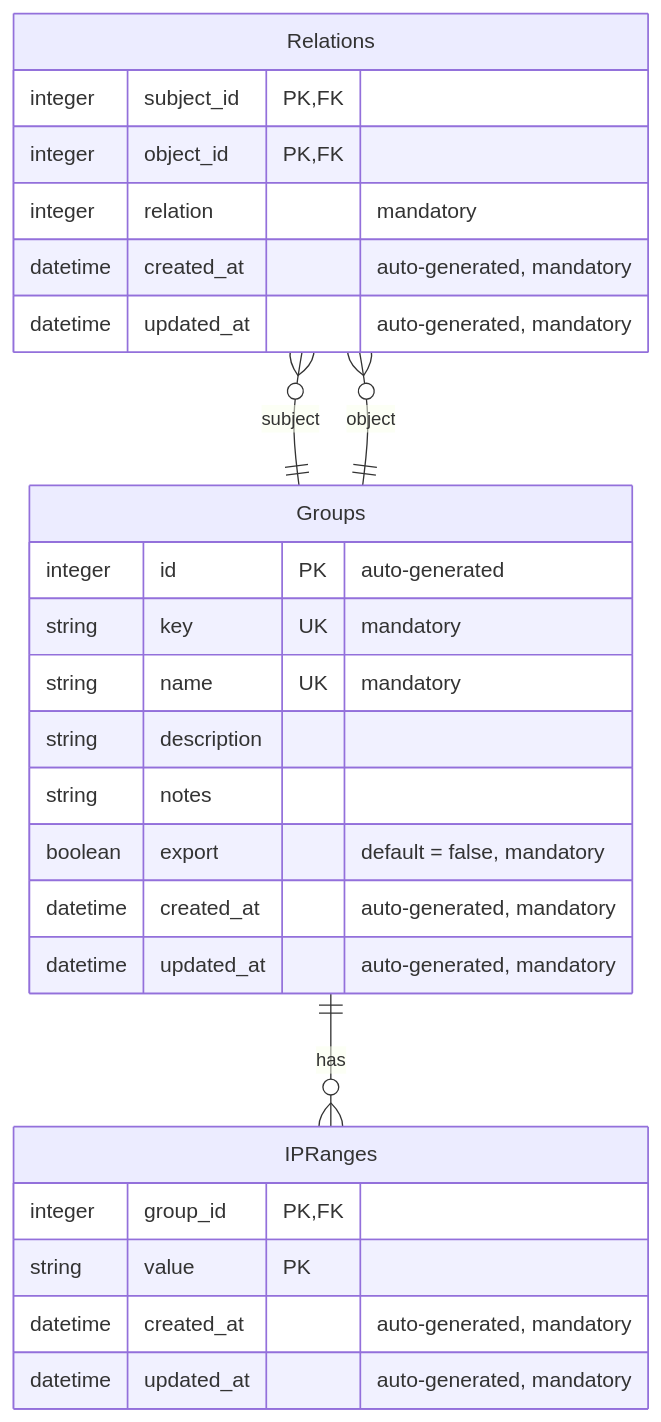
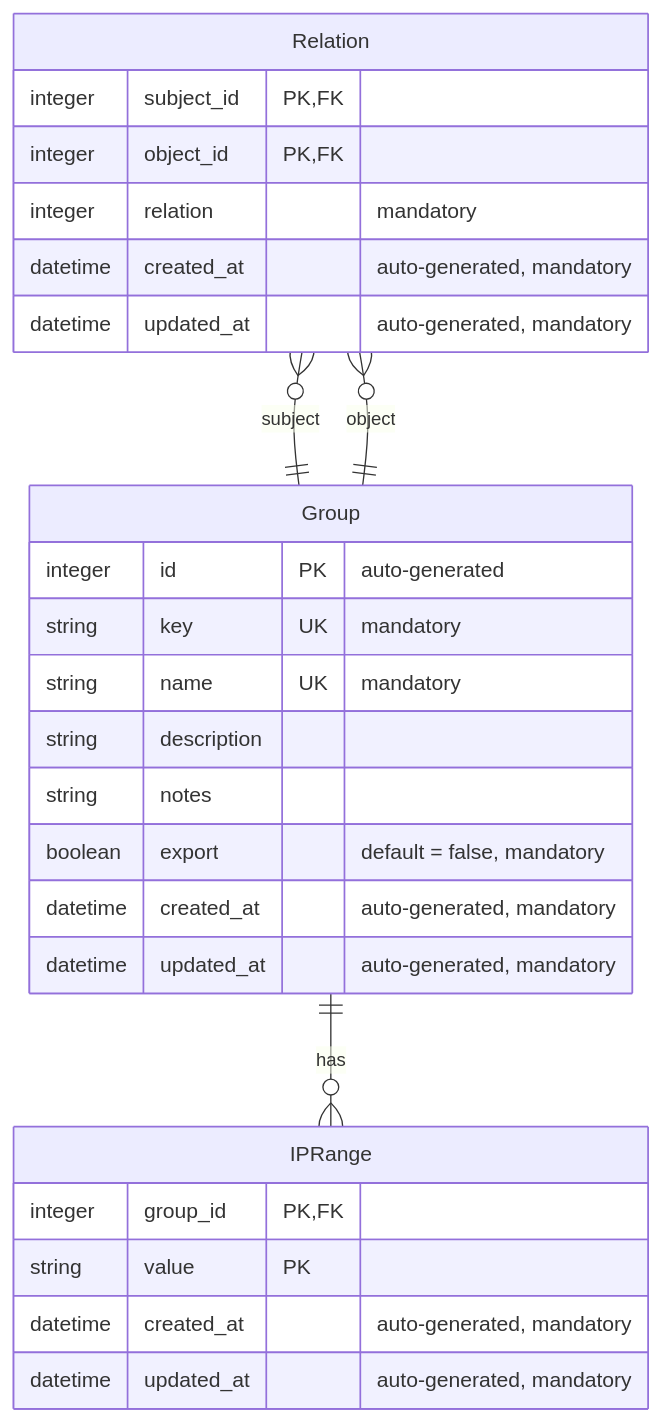
The diagram in docs/rails-model.md (umd-lib/ipmanager-django), drawn with Mermaid before and after one commit. The commit also changed other lines of this file, not shown here.

Commit message:
LIBITD-2529. Changed plural names to singular in rails-model.md
Resolved comment and changed the names of the tables to be singular.

https://umd-dit.atlassian.net/browse/LIBITD-2529

````diff
--- a/docs/rails-model.md
+++ b/docs/rails-model.md
@@ -3,33 +3,33 @@
 ```mermaid
     erDiagram
-    Groups ||--o{ IPRanges : has
-    Relations o{--|| Groups : subject
-    Relations o{--|| Groups : object
+    Group ||--o{ IPRange : has
+    Relation o{--|| Group : subject
+    Relation o{--|| Group : object
 
-    Groups {
+    Group {
         integer id PK "auto-generated"
         string key UK "mandatory"
         string name UK "mandatory"
         string description
         string notes
         boolean export "default = false, mandatory" 
         datetime created_at "auto-generated, mandatory"
         datetime updated_at "auto-generated, mandatory"
     }
 
-    IPRanges {
+    IPRange {
         integer group_id PK,FK 
         string value PK
         datetime created_at "auto-generated, mandatory"
         datetime updated_at "auto-generated, mandatory"
     }
 
-    Relations {
+    Relation {
         integer subject_id PK, FK
         integer object_id PK, FK
         integer relation "mandatory"
         datetime created_at "auto-generated, mandatory"
         datetime updated_at "auto-generated, mandatory"
     }
     
 ```
````
